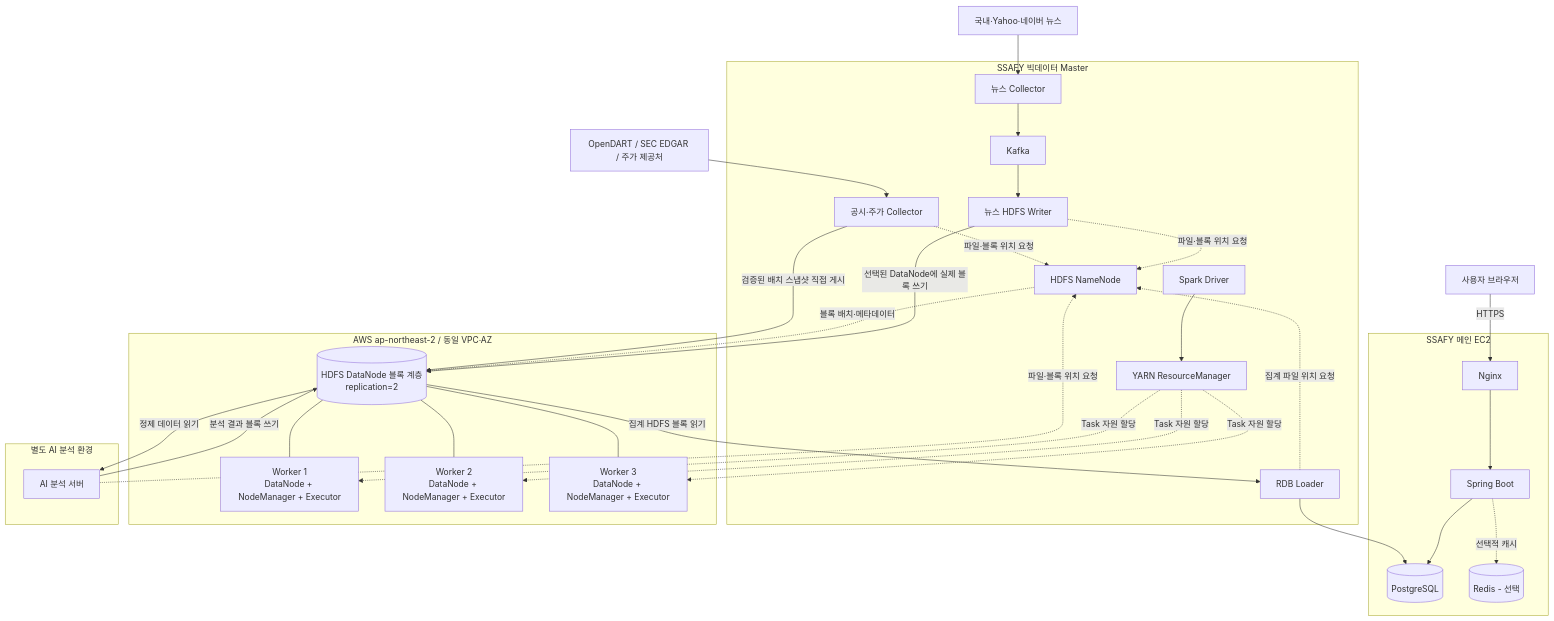
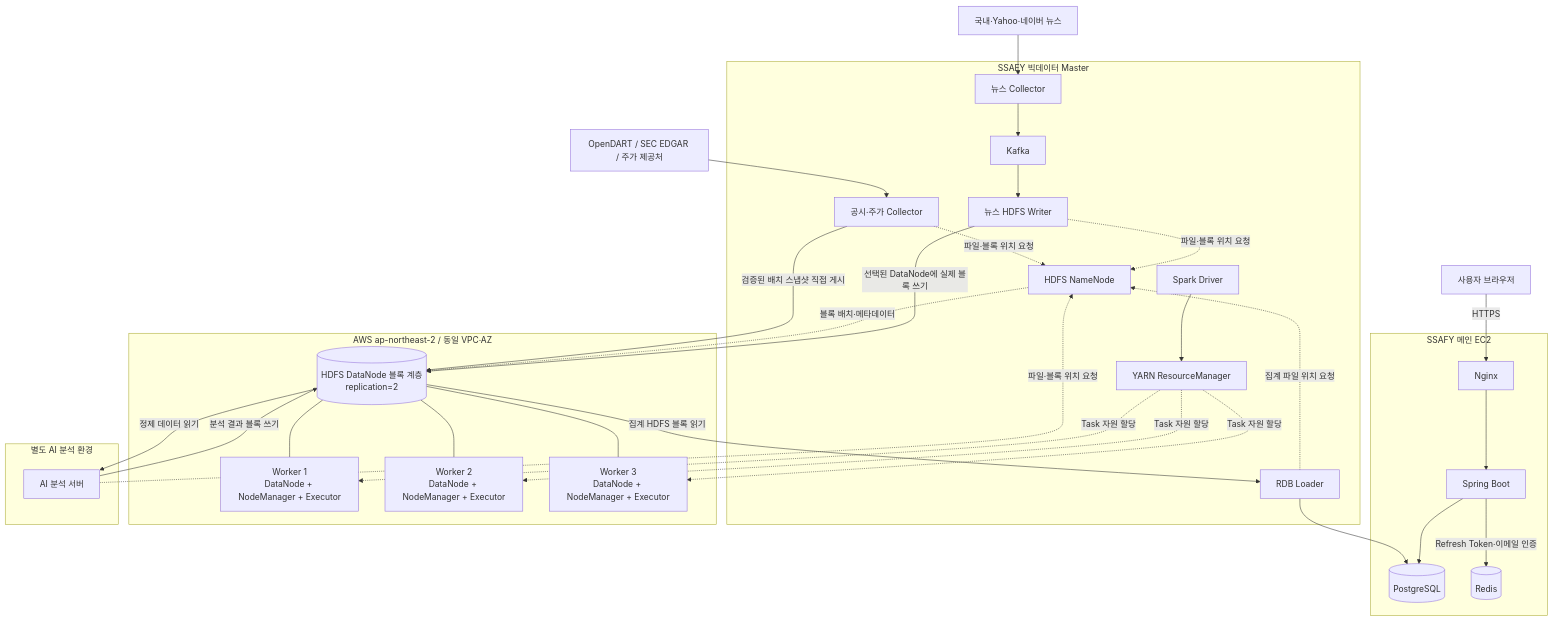
Before and after one commit to swcho25/COSMOS: the first of 2 diagrams in docs/infrastructure-design.md, drawn with Mermaid. The commit also changed other lines of this file and 4 other files, not shown here.

````diff
--- a/docs/infrastructure-design.md
+++ b/docs/infrastructure-design.md
@@ -36,58 +36,58 @@
 ```mermaid
 flowchart TB
     User[사용자 브라우저]
     NewsSource[국내·Yahoo·네이버 뉴스]
     BatchSource[OpenDART / SEC EDGAR / 주가 제공처]
 
     subgraph SSAFY_MAIN[SSAFY 메인 EC2]
         Nginx[Nginx]
         Spring[Spring Boot]
         PG[(PostgreSQL)]
-        Redis[(Redis - 선택)]
+        Redis[(Redis)]
     end
 
     subgraph SSAFY_MASTER[SSAFY 빅데이터 Master]
         NewsCollector[뉴스 Collector]
         BatchCollector[공시·주가 Collector]
         Kafka[Kafka]
         Writer[뉴스 HDFS Writer]
         NN[HDFS NameNode]
         RM[YARN ResourceManager]
         Driver[Spark Driver]
         Loader[RDB Loader]
     end
 
     subgraph AWS_WORKERS[AWS ap-northeast-2 / 동일 VPC·AZ]
         DataLayer[(HDFS DataNode 블록 계층\nreplication=2)]
         W1[Worker 1\nDataNode + NodeManager + Executor]
         W2[Worker 2\nDataNode + NodeManager + Executor]
         W3[Worker 3\nDataNode + NodeManager + Executor]
         DataLayer --- W1
         DataLayer --- W2
         DataLayer --- W3
     end
 
     subgraph AI_SYSTEM[별도 AI 분석 환경]
         AI_SERVER[AI 분석 서버]
     end
 
     NewsSource --> NewsCollector --> Kafka --> Writer
     BatchSource --> BatchCollector
     BatchCollector -. 파일·블록 위치 요청 .-> NN
     BatchCollector -->|검증된 배치 스냅샷 직접 게시| DataLayer
     Writer -. 파일·블록 위치 요청 .-> NN
     NN -. 블록 배치·메타데이터 .-> DataLayer
     Writer -->|선택된 DataNode에 실제 블록 쓰기| DataLayer
     Driver --> RM
     RM -. Task 자원 할당 .-> W1
     RM -. Task 자원 할당 .-> W2
     RM -. Task 자원 할당 .-> W3
     DataLayer -->|정제 데이터 읽기| AI_SERVER
     AI_SERVER -. 파일·블록 위치 요청 .-> NN
     AI_SERVER -->|분석 결과 블록 쓰기| DataLayer
     Loader -. 집계 파일 위치 요청 .-> NN
     DataLayer -->|집계 HDFS 블록 읽기| Loader
     Loader --> PG
     User -->|HTTPS| Nginx --> Spring --> PG
-    Spring -. 선택적 캐시 .-> Redis
+    Spring -->|Refresh Token·이메일 인증| Redis
 ```
````
